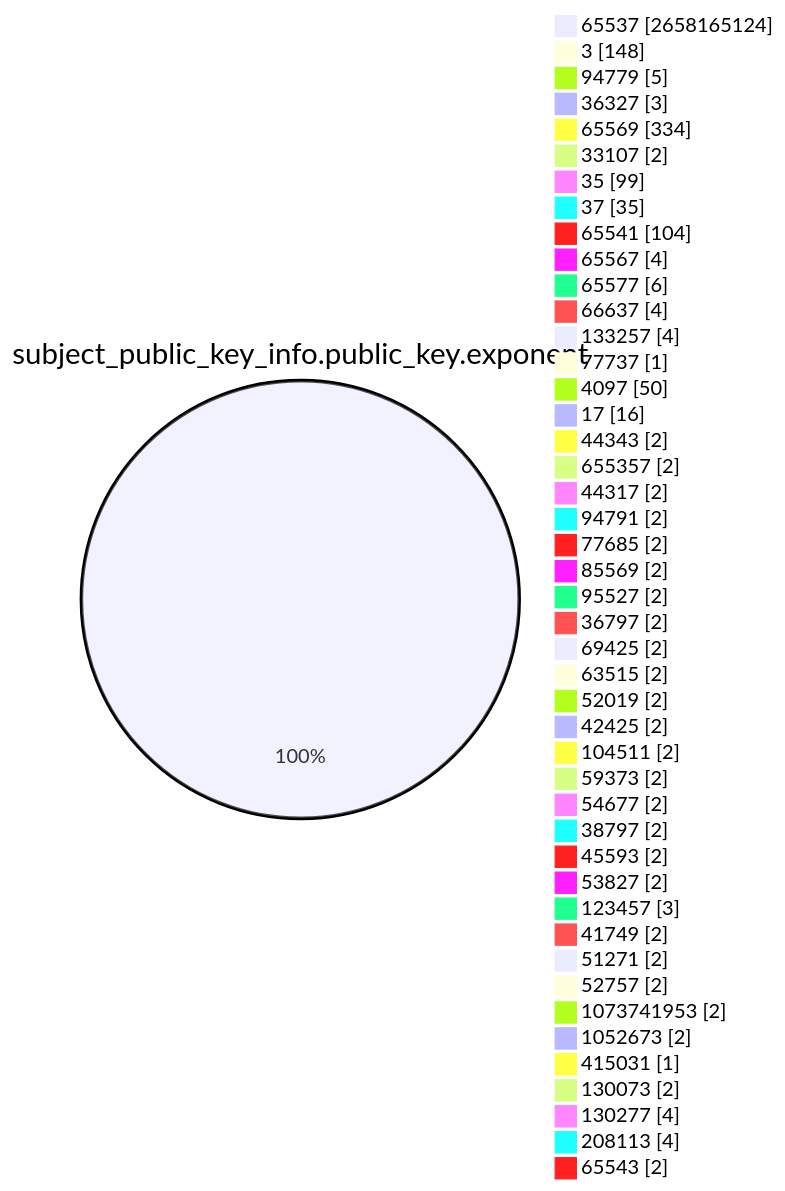
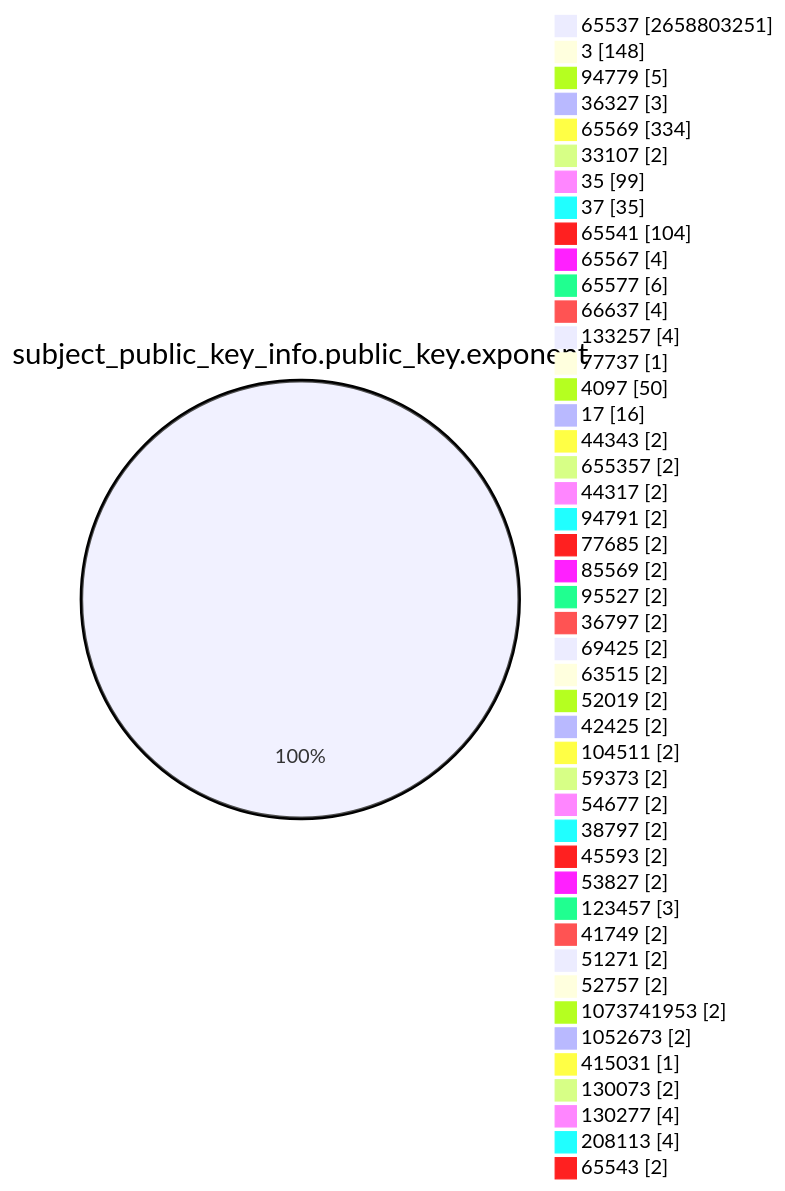
Before and after one commit to christiankrug/ctmonitor_visualization: the fourth of 15 diagrams in TOTAL/README.md, drawn with Mermaid. The commit also changed other lines of this file, not shown here.

````diff
--- a/TOTAL/README.md
+++ b/TOTAL/README.md
@@ -1466,49 +1466,49 @@
 ```mermaid
 pie showData
 title subject_public_key_info.public_key.exponent
-"65537" :2658165124
+"65537" :2658803251
 "3" :148
 "94779" :5
 "36327" :3
 "65569" :334
 "33107" :2
 "35" :99
 "37" :35
 "65541" :104
 "65567" :4
 "65577" :6
 "66637" :4
 "133257" :4
 "77737" :1
 "4097" :50
 "17" :16
 "44343" :2
 "655357" :2
 "44317" :2
 "94791" :2
 "77685" :2
 "85569" :2
 "95527" :2
 "36797" :2
 "69425" :2
 "63515" :2
 "52019" :2
 "42425" :2
 "104511" :2
 "59373" :2
 "54677" :2
 "38797" :2
 "45593" :2
 "53827" :2
 "123457" :3
 "41749" :2
 "51271" :2
 "52757" :2
 "1073741953" :2
 "1052673" :2
 "415031" :1
 "130073" :2
 "130277" :4
 "208113" :4
 "65543" :2
 ```
````
